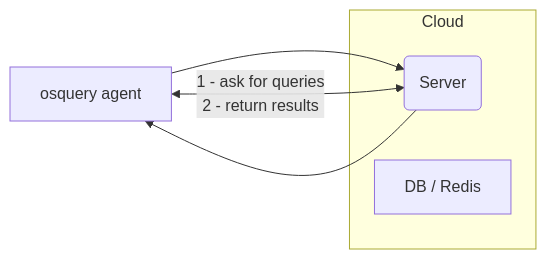
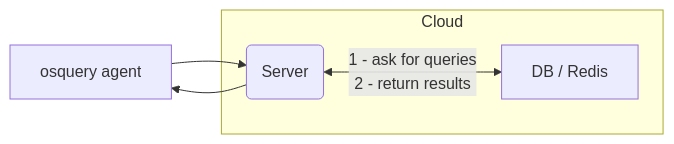
One commit to fleetdm/fleet changed the third of 3 diagrams in docs/Contributing/high-level-architecture.md. Above: the diagram before and after it, drawn with Mermaid.

````diff
--- a/docs/Contributing/high-level-architecture.md
+++ b/docs/Contributing/high-level-architecture.md
@@ -90,16 +90,16 @@
 ```mermaid
 graph LR;
     osquery[osquery agent];
 
     subgraph Cloud
         server(Server);
         dbredis[DB / Redis];
     end
 
     osquery --> server;
     server --> osquery;
 
-    osquery <-- 1 - ask for queries<br>2 - return results --> server;
+    server <-- 1 - ask for queries<br>2 - return results --> dbredis;
 
 
 ```
````
